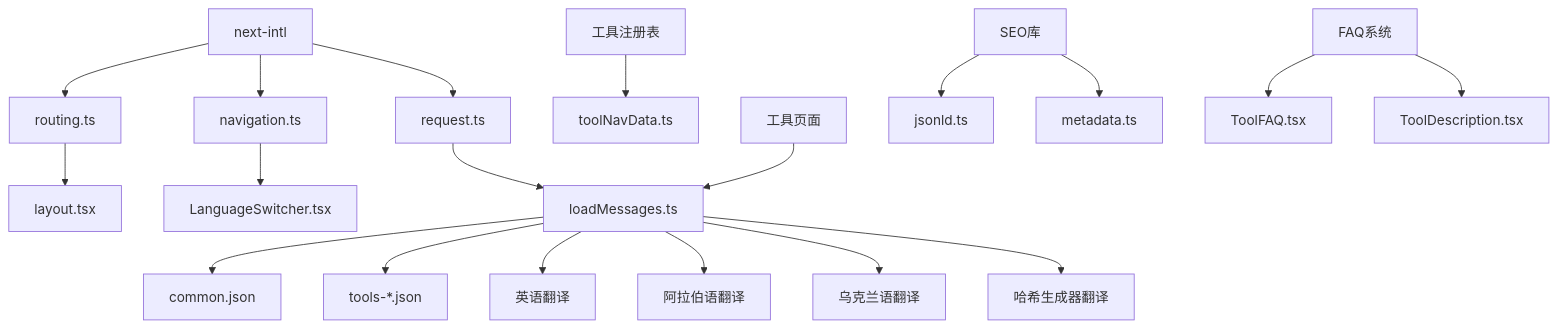
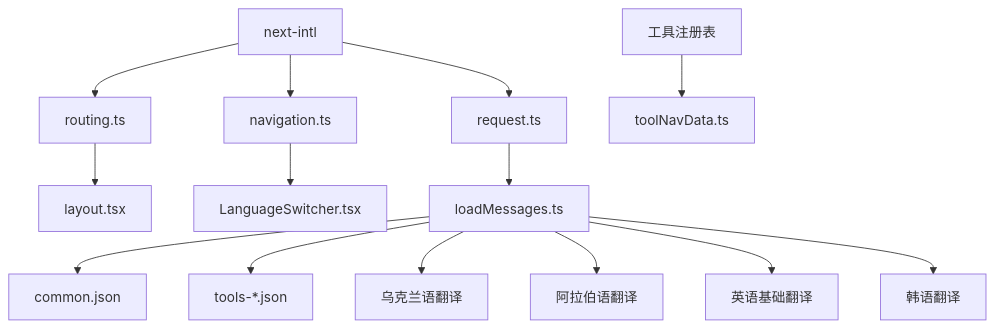
Before and after one commit to sgyy/privadeck: the ninth of 9 diagrams in .qoder/repowiki/zh/content/国际化系统.md, drawn with Mermaid. The commit also changed other lines of this file and 48 other files, not shown here.

````diff
--- a/.qoder/repowiki/zh/content/国际化系统.md
+++ b/.qoder/repowiki/zh/content/国际化系统.md
@@ -496,21 +373,16 @@
 ```mermaid
 graph TB
 NEXTINTL["next-intl"] --> ROUTING["routing.ts"]
 NEXTINTL --> NAV["navigation.ts"]
 NEXTINTL --> REQUEST["request.ts"]
 ROUTING --> LAYOUT["layout.tsx"]
 NAV --> SWITCHER["LanguageSwitcher.tsx"]
 REQUEST --> LOAD["loadMessages.ts"]
 LOAD --> COMMON["common.json"]
 LOAD --> TOOLS["tools-*.json"]
-LOAD --> EN["英语翻译"]
+LOAD --> UK["乌克兰语翻译"]
 LOAD --> AR["阿拉伯语翻译"]
-LOAD --> UK["乌克兰语翻译"]
-LOAD --> HASH["哈希生成器翻译"]
+LOAD --> EN["英语基础翻译"]
+LOAD --> KO["韩语翻译"]
 REGISTRY["工具注册表"] --> TOOLNAV["toolNavData.ts"]
-TOOLPAGE["工具页面"] --> LOAD
-SEO["SEO库"] --> JSONLD["jsonld.ts"]
-SEO --> METADATA["metadata.ts"]
-FAQ["FAQ系统"] --> TOOLFAQ["ToolFAQ.tsx"]
-FAQ --> TOOLDESC["ToolDescription.tsx"]
 ```
````
